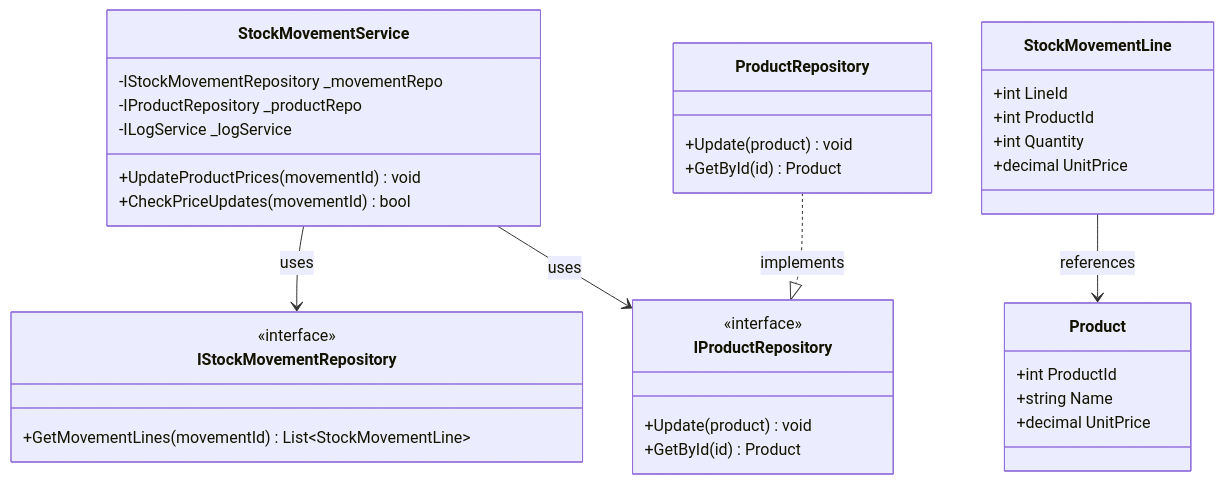
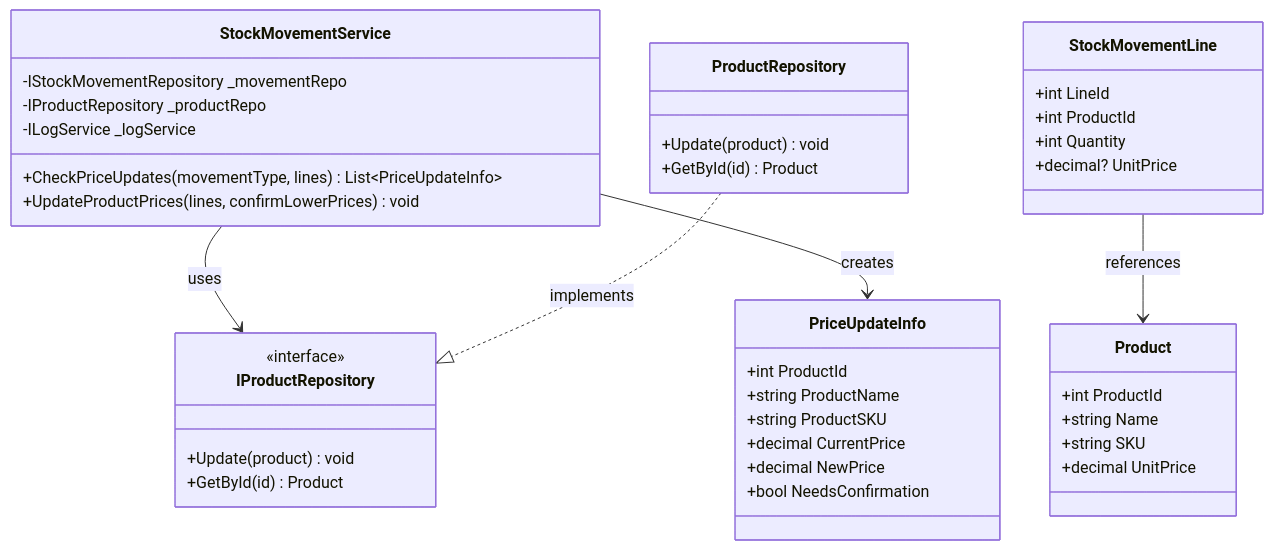
One commit to nahuk86/tp_diploma_nk_2026 changed the seventh of 8 diagrams in Documentation/UML_Diagrams/07_Stock_Movement_Process_Class_Diagram.md. Above: the diagram before and after it, drawn with Mermaid. The commit also changed other lines of this file and 6 other files, not shown here.

Commit message:
Update UML diagrams 01-07 to reflect actual implementation

````diff
--- a/Documentation/UML_Diagrams/07_Stock_Movement_Process_Class_Diagram.md
+++ b/Documentation/UML_Diagrams/07_Stock_Movement_Process_Class_Diagram.md
@@ -309,44 +329,49 @@
 ```mermaid
 classDiagram
     class StockMovementService {
         -IStockMovementRepository _movementRepo
         -IProductRepository _productRepo
         -ILogService _logService
-        +UpdateProductPrices(movementId) void
-        +CheckPriceUpdates(movementId) bool
+        +CheckPriceUpdates(movementType, lines) List~PriceUpdateInfo~
+        +UpdateProductPrices(lines, confirmLowerPrices) void
     }
 
-    class IStockMovementRepository {
-        <<interface>>
-        +GetMovementLines(movementId) List~StockMovementLine~
+    class PriceUpdateInfo {
+        +int ProductId
+        +string ProductName
+        +string ProductSKU
+        +decimal CurrentPrice
+        +decimal NewPrice
+        +bool NeedsConfirmation
     }
 
     class IProductRepository {
         <<interface>>
         +Update(product) void
         +GetById(id) Product
     }
 
     class ProductRepository {
         +Update(product) void
         +GetById(id) Product
     }
 
     class StockMovementLine {
         +int LineId
         +int ProductId
         +int Quantity
-        +decimal UnitPrice
+        +decimal? UnitPrice
     }
 
     class Product {
         +int ProductId
         +string Name
+        +string SKU
         +decimal UnitPrice
     }
 
-    StockMovementService --> IStockMovementRepository : uses
     StockMovementService --> IProductRepository : uses
+    StockMovementService --> PriceUpdateInfo : creates
     ProductRepository ..|> IProductRepository : implements
     StockMovementLine --> Product : references
 ```
````
